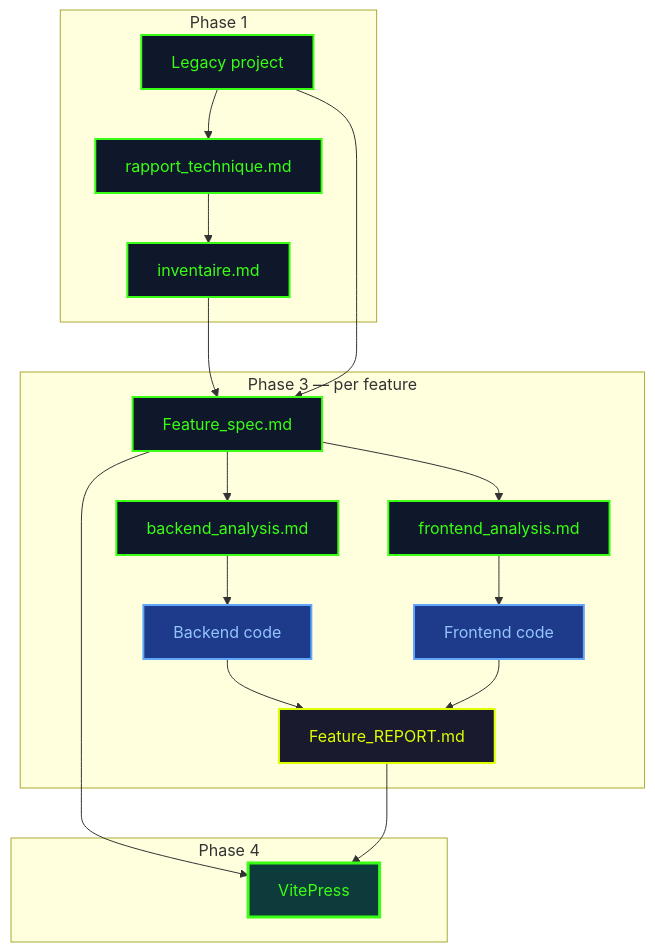
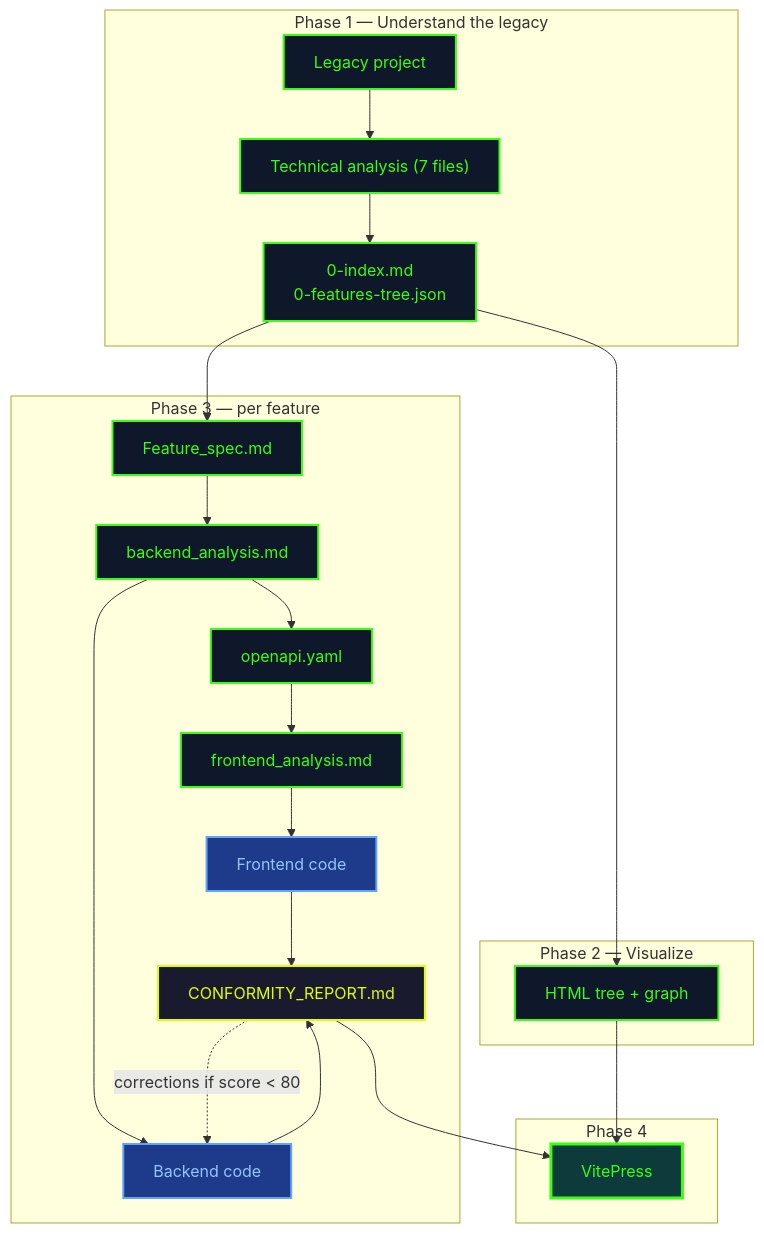
Diagram 15 of 15 in docs/en/guide/methodology.md (fondative/claude-code-ecosystem), drawn with Mermaid before and after one commit. The commit also changed other lines of this file and 260 other files, not shown here.

````diff
--- a/docs/en/guide/methodology.md
+++ b/docs/en/guide/methodology.md
@@ -617,43 +651,49 @@
 ```mermaid
 graph TB
-    subgraph P1["Phase 1"]
+    subgraph P1["Phase 1 — Understand the legacy"]
         LEGACY["Legacy project"]
-        TECH["rapport_technique.md"]
-        INV["inventaire.md"]
+        TECH["Technical analysis (7 files)"]
+        INV["0-index.md<br/>0-features-tree.json"]
         LEGACY --> TECH --> INV
+    end
+
+    subgraph P2["Phase 2 — Visualize"]
+        VIZ["HTML tree + graph"]
     end
 
     subgraph P3["Phase 3 — per feature"]
         SPEC["Feature_spec.md"]
         BACK["backend_analysis.md"]
+        OAS["openapi.yaml"]
         FRONT["frontend_analysis.md"]
         CODE_B["Backend code"]
         CODE_F["Frontend code"]
-        REPORT["Feature_REPORT.md"]
+        REPORT["CONFORMITY_REPORT.md"]
 
-        INV --> SPEC
-        LEGACY --> SPEC
-        SPEC --> BACK
-        SPEC --> FRONT
+        SPEC --> BACK --> OAS --> FRONT
         BACK --> CODE_B
         FRONT --> CODE_F
         CODE_B --> REPORT
         CODE_F --> REPORT
+        REPORT -. "corrections if score < 80" .-> CODE_B
     end
 
     subgraph P4["Phase 4"]
         DOCS["VitePress"]
-        SPEC --> DOCS
-        REPORT --> DOCS
     end
+
+    INV --> VIZ
+    INV --> SPEC
+    VIZ --> DOCS
+    REPORT --> DOCS
 
     classDef file fill:#0f172a,stroke:#39ff14,stroke-width:2px,color:#39ff14
     classDef code fill:#1e3a8a,stroke:#60a5fa,stroke-width:2px,color:#93c5fd
     classDef report fill:#1a1a2e,stroke:#ddff00,stroke-width:2px,color:#ddff00
     classDef output fill:#0d3b3b,stroke:#39ff14,stroke-width:3px,color:#39ff14
 
-    class LEGACY,TECH,INV,SPEC,BACK,FRONT file
+    class LEGACY,TECH,INV,VIZ,SPEC,BACK,OAS,FRONT file
     class CODE_B,CODE_F code
     class REPORT report
     class DOCS output
 ```
````
